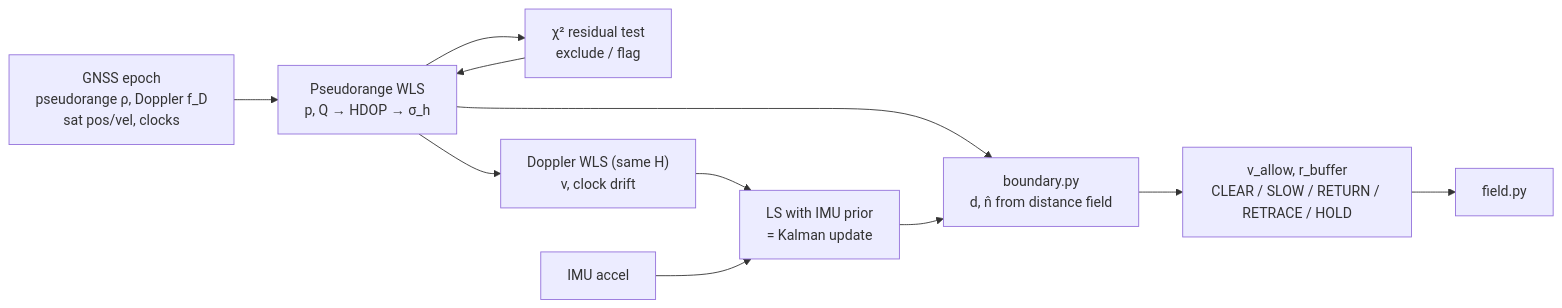
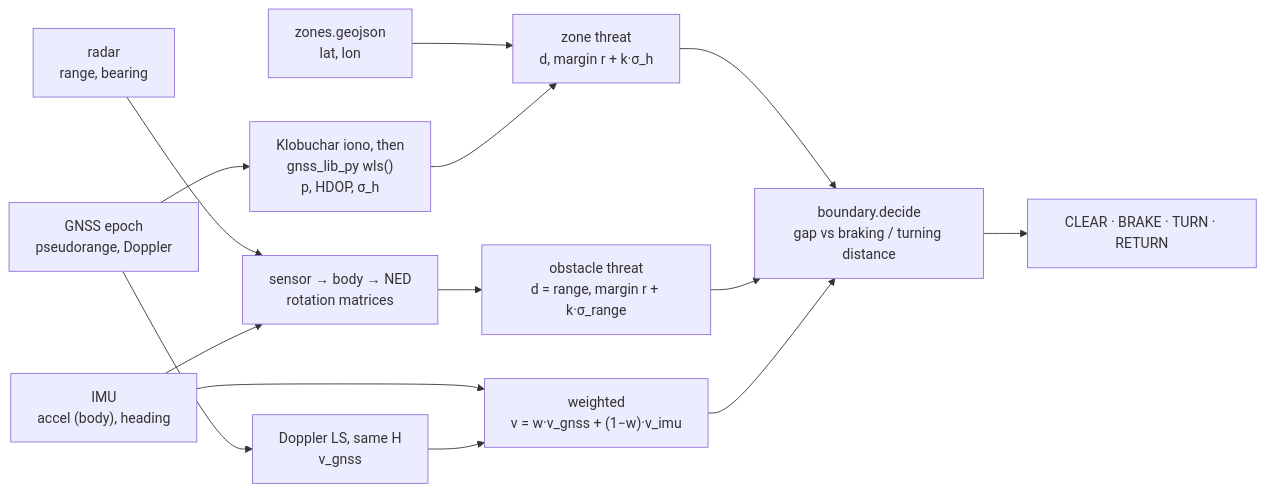
The diagram in README.md (saul-gitman/4203group-project), drawn with Mermaid before and after one commit. The commit also changed other lines of this file and 13 other files, not shown here.

First line of the commit message:
Lightweight rebuild: two navigation flows into one guardrail decision

````diff
--- a/README.md
+++ b/README.md
@@ -24,13 +26,16 @@
 ```mermaid
 flowchart LR
-  raw["GNSS epoch<br/>pseudorange ρ, Doppler f_D<br/>sat pos/vel, clocks"] --> pos["Pseudorange WLS<br/>p, Q → HDOP → σ_h"]
-  pos --> chi["χ² residual test<br/>exclude / flag"]
-  chi --> pos
-  pos --> vel["Doppler WLS (same H)<br/>v, clock drift"]
-  vel --> kf["LS with IMU prior<br/>= Kalman update"]
-  imu["IMU accel"] --> kf
-  pos --> bnd["boundary.py<br/>d, n̂ from distance field"]
-  kf --> bnd
-  bnd --> cap["v_allow, r_buffer<br/>CLEAR / SLOW / RETURN / RETRACE / HOLD"]
-  cap --> field["field.py"]
+  gnss["GNSS epoch<br/>pseudorange, Doppler"] --> fix["Klobuchar iono, then<br/>gnss_lib_py wls()<br/>p, HDOP, σ_h"]
+  gnss --> dop["Doppler LS, same H<br/>v_gnss"]
+  imu["IMU<br/>accel (body), heading"] --> blend["weighted<br/>v = w·v_gnss + (1−w)·v_imu"]
+  dop --> blend
+  geo["zones.geojson<br/>lat, lon"] --> zone["zone threat<br/>d, margin r + k·σ_h"]
+  fix --> zone
+  radar["radar<br/>range, bearing"] --> frames["sensor → body → NED<br/>rotation matrices"]
+  imu --> frames
+  frames --> obs["obstacle threat<br/>d = range, margin r + k·σ_range"]
+  zone --> dec["boundary.decide<br/>gap vs braking / turning distance"]
+  obs --> dec
+  blend --> dec
+  dec --> cmd["CLEAR · BRAKE · TURN · RETURN"]
 ```
````
